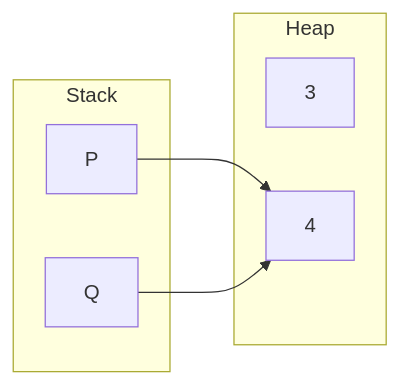
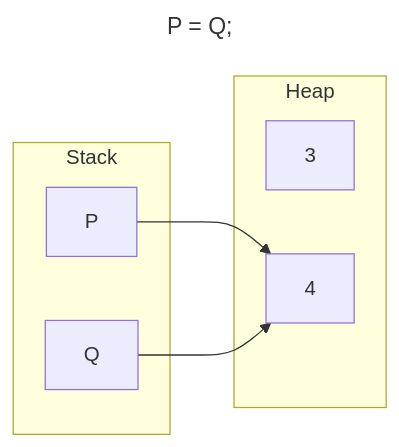
One commit to TeenBiscuits/Pro2324 changed the sixth of 9 diagrams in docs/topics/03-Apuntes/Pro-2/Tema-2.md. Above: the diagram before and after it, drawn with Mermaid. The commit also changed other lines of this file, not shown here.

````diff
--- a/docs/topics/03-Apuntes/Pro-2/Tema-2.md
+++ b/docs/topics/03-Apuntes/Pro-2/Tema-2.md
@@ -224,14 +233,17 @@
 ```mermaid
+---
+title: P = Q;
+---
 flowchart LR
     subgraph Stack
         P
         Q
     end
     subgraph Heap
         3
         4
     end
 
     P --> 4
     Q --> 4
 ```
````
